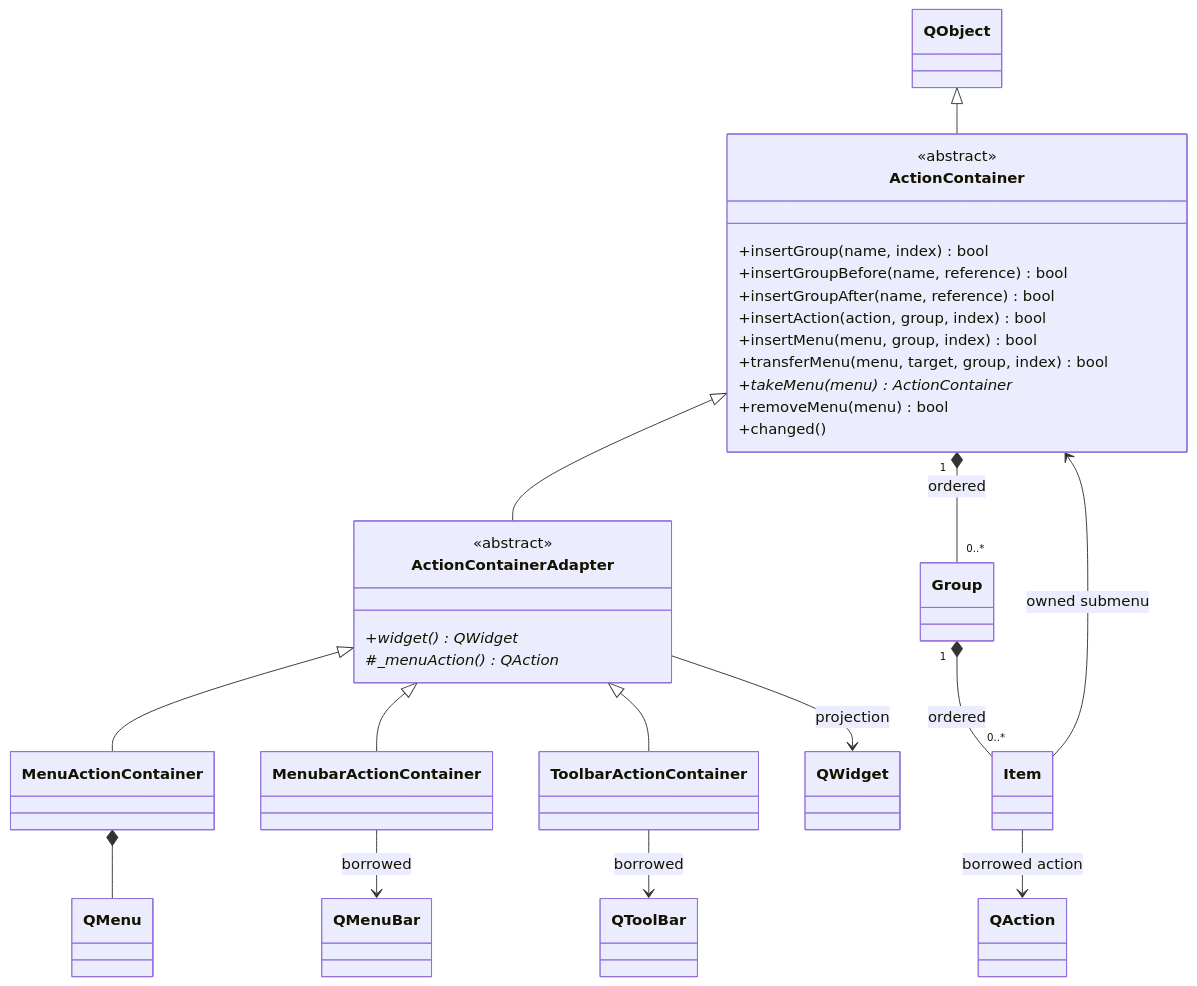
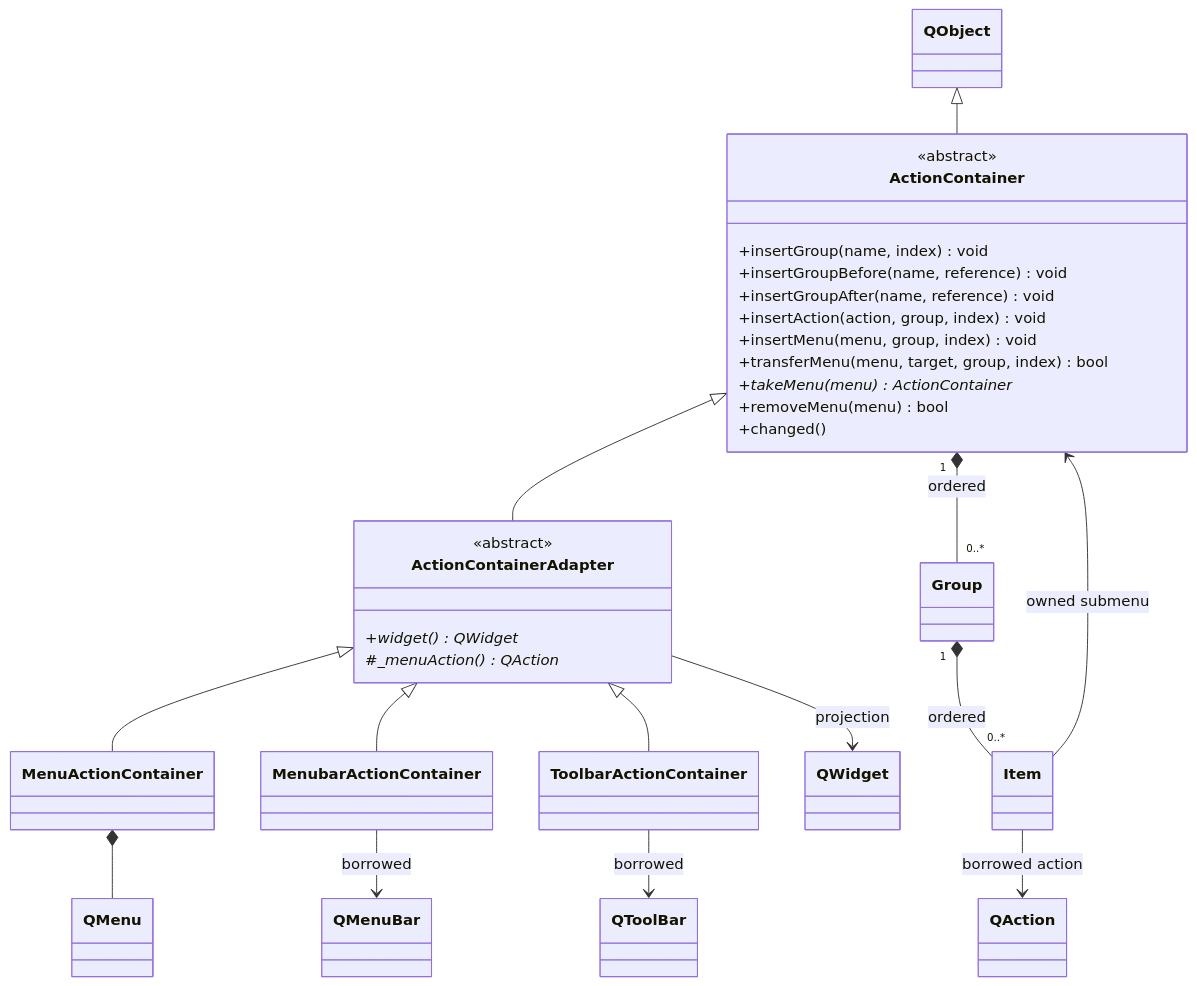
Before and after one commit to Octaviarius/TermMaster: the diagram in docs/action-containers.md, drawn with Mermaid. The commit also changed other lines of this file and 8 other files, not shown here.

````diff
--- a/docs/action-containers.md
+++ b/docs/action-containers.md
@@ -11,33 +11,33 @@
 ```mermaid
 classDiagram
     QObject <|-- ActionContainer
     ActionContainer <|-- ActionContainerAdapter
     ActionContainerAdapter <|-- MenuActionContainer
     ActionContainerAdapter <|-- MenubarActionContainer
     ActionContainerAdapter <|-- ToolbarActionContainer
     ActionContainer "1" *-- "0..*" Group : ordered
     Group "1" *-- "0..*" Item : ordered
     Item --> QAction : borrowed action
     Item --> ActionContainer : owned submenu
     ActionContainerAdapter --> QWidget : projection
     MenuActionContainer *-- QMenu
     MenubarActionContainer --> QMenuBar : borrowed
     ToolbarActionContainer --> QToolBar : borrowed
     class ActionContainer {
         <<abstract>>
-        +insertGroup(name, index) bool
-        +insertGroupBefore(name, reference) bool
-        +insertGroupAfter(name, reference) bool
-        +insertAction(action, group, index) bool
-        +insertMenu(menu, group, index) bool
+        +insertGroup(name, index) void
+        +insertGroupBefore(name, reference) void
+        +insertGroupAfter(name, reference) void
+        +insertAction(action, group, index) void
+        +insertMenu(menu, group, index) void
         +transferMenu(menu, target, group, index) bool
         +takeMenu(menu) ActionContainer*
         +removeMenu(menu) bool
         +changed()
     }
     class ActionContainerAdapter {
         <<abstract>>
         +widget() QWidget*
         #_menuAction() QAction*
     }
 ```
````
